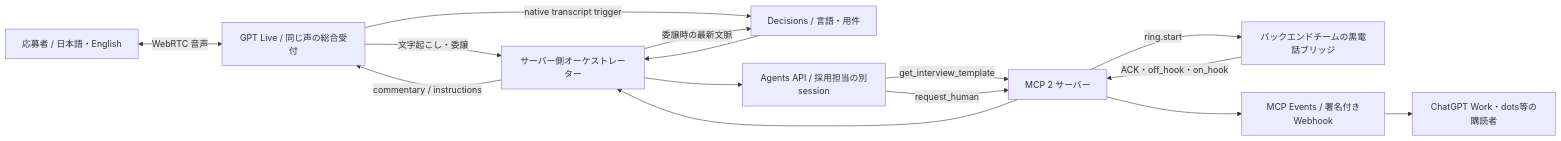
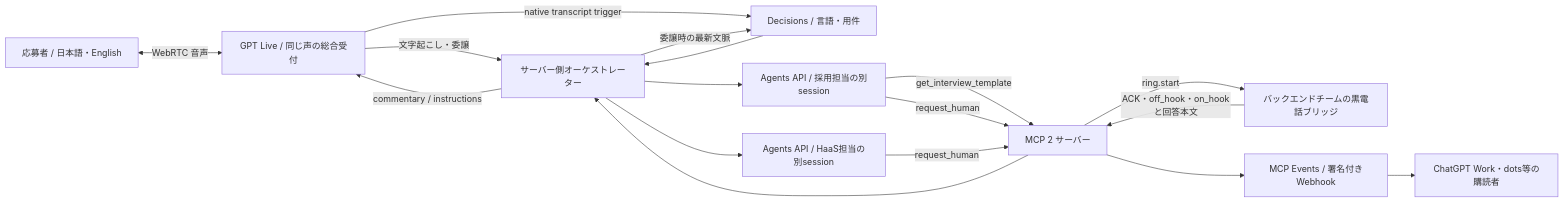
Before and after one commit to pupuchan1/future-company: the diagram in integration/README.md, drawn with Mermaid. The commit also changed other lines of this file and 15 other files, not shown here.

Commit message:
Connect recruiting and HaaS voice routes to human answers

````diff
--- a/integration/README.md
+++ b/integration/README.md
@@ -24,17 +24,19 @@
 ```mermaid
 flowchart LR
     U[応募者 / 日本語・English] <-->|WebRTC 音声| L[GPT Live / 同じ声の総合受付]
     L -->|文字起こし・委譲| B[サーバー側オーケストレーター]
     L -->|native transcript trigger| D[Decisions / 言語・用件]
     B -->|委譲時の最新文脈| D
     D --> B
     B --> A[Agents API / 採用担当の別session]
+    B --> HA[Agents API / HaaS担当の別session]
     A -->|get_interview_template| M[MCP 2 サーバー]
     A -->|request_human| M
+    HA -->|request_human| M
     M -->|ring.start| H[バックエンドチームの黒電話ブリッジ]
-    H -->|ACK・off_hook・on_hook| M
+    H -->|ACK・off_hook・on_hookと回答本文| M
     M --> B
     B -->|commentary / instructions| L
     M --> E[MCP Events / 署名付きWebhook]
     E --> W[ChatGPT Work・dots等の購読者]
 ```
````
